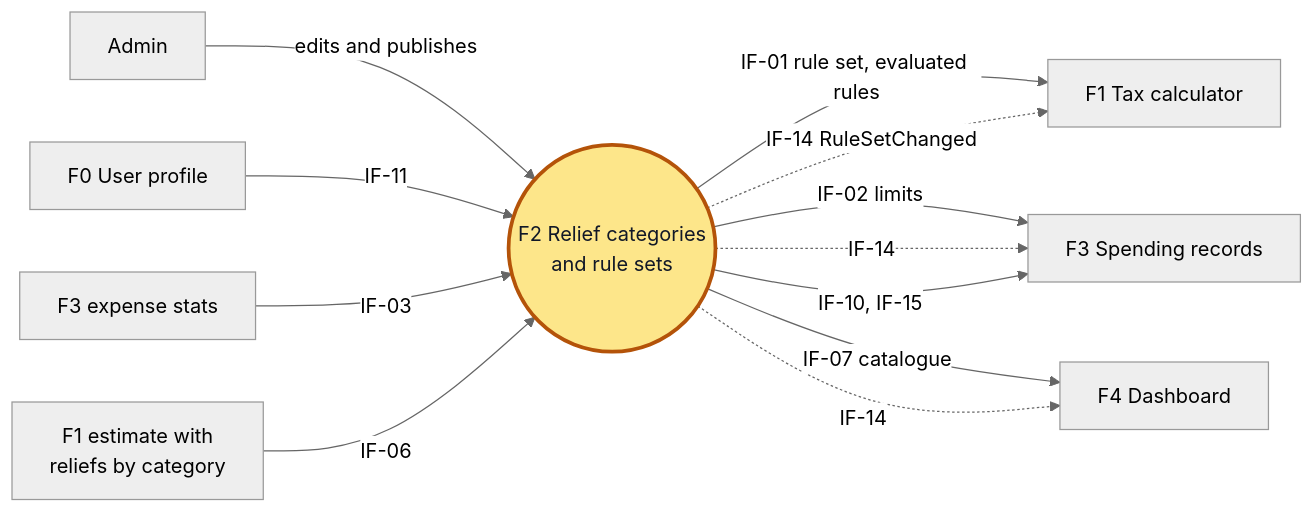
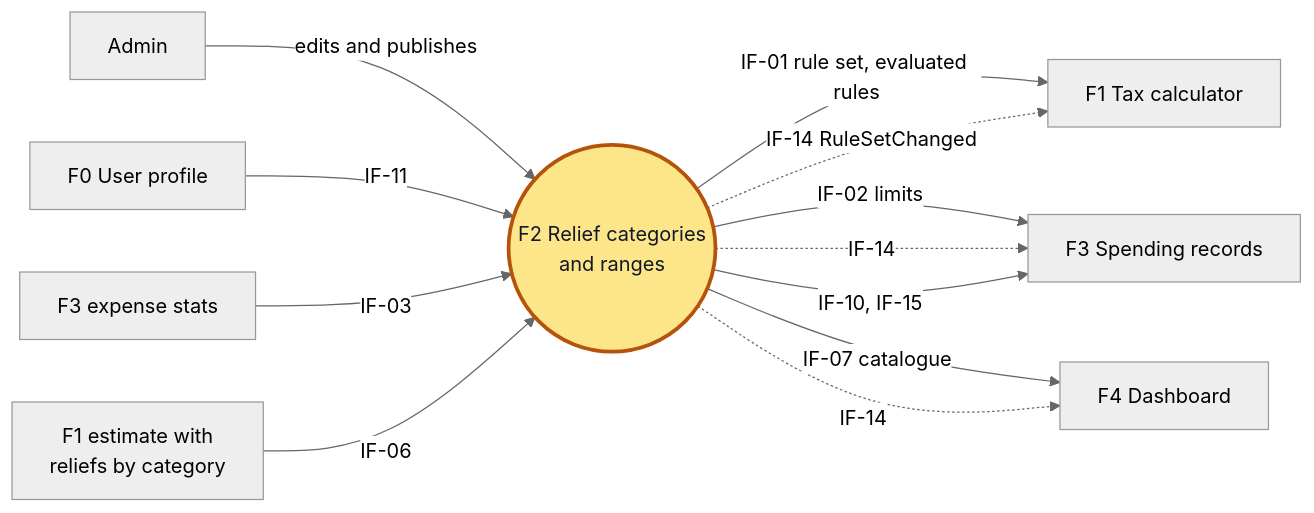
Before and after one commit to Juthyra/Tax-Relief-Manager-TRM-: the second of 8 diagrams in docs/specs/URS_SRS_F2_Relief_Categories.md, drawn with Mermaid (neutral theme). The commit also changed other lines of this file and 40 other files, not shown here.

````diff
--- a/docs/specs/URS_SRS_F2_Relief_Categories.md
+++ b/docs/specs/URS_SRS_F2_Relief_Categories.md
@@ -137,16 +143,16 @@
 ```mermaid
 flowchart LR
-  A["Admin"] -->|"edits and publishes"| F2(("F2 Relief categories<br/>and rule sets"))
+  A["Admin"] -->|"edits and publishes"| F2(("F2 Relief categories<br/>and ranges"))
   PR["F0 User profile"] -->|"IF-11"| F2
   F3["F3 expense stats"] -->|"IF-03"| F2
   F1["F1 estimate with<br/>reliefs by category"] -->|"IF-06"| F2
   F2 -->|"IF-01 rule set, evaluated rules"| F1b["F1 Tax calculator"]
   F2 -->|"IF-02 limits"| F3b["F3 Spending records"]
   F2 -->|"IF-07 catalogue"| F4["F4 Dashboard"]
   F2 -.->|"IF-14 RuleSetChanged"| F1b
   F2 -.->|"IF-14"| F3b
   F2 -.->|"IF-14"| F4
   F2 -->|"IF-10, IF-15"| F3b
   classDef cur fill:#fde68a,stroke:#b45309,stroke-width:3px,color:#111827
   class F2 cur
 ```
````
